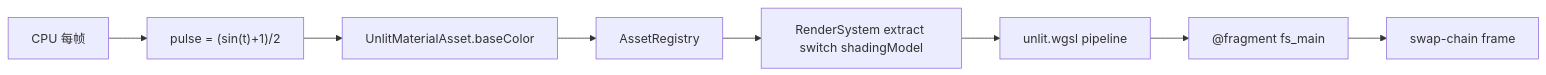
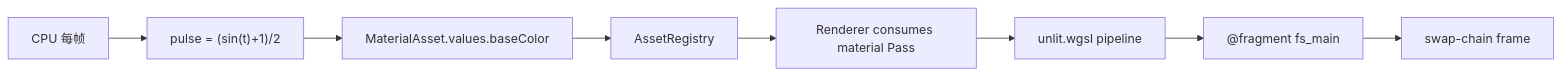
One commit to ForgeAX/forgeax-engine changed the diagram in apps/learn-render/1.getting-started/3.shaders/README.md. Above: the diagram before and after it, drawn with Mermaid. The commit also changed other lines of this file and 4113 other files, not shown here.

````diff
--- a/apps/learn-render/1.getting-started/3.shaders/README.md
+++ b/apps/learn-render/1.getting-started/3.shaders/README.md
@@ -21,10 +21,10 @@
 ```mermaid
 flowchart LR
   CPU["CPU 每帧"] --> Pulse["pulse = (sin(t)+1)/2"]
-  Pulse --> Mat["UnlitMaterialAsset.baseColor"]
+  Pulse --> Mat["MaterialAsset.values.baseColor"]
   Mat --> Reg["AssetRegistry"]
-  Reg --> RS["RenderSystem extract switch shadingModel"]
+  Reg --> RS["Renderer consumes material Pass"]
   RS --> Pipe["unlit.wgsl pipeline"]
   Pipe --> FS["@fragment fs_main"]
   FS --> Frame["swap-chain frame"]
 ```
````
